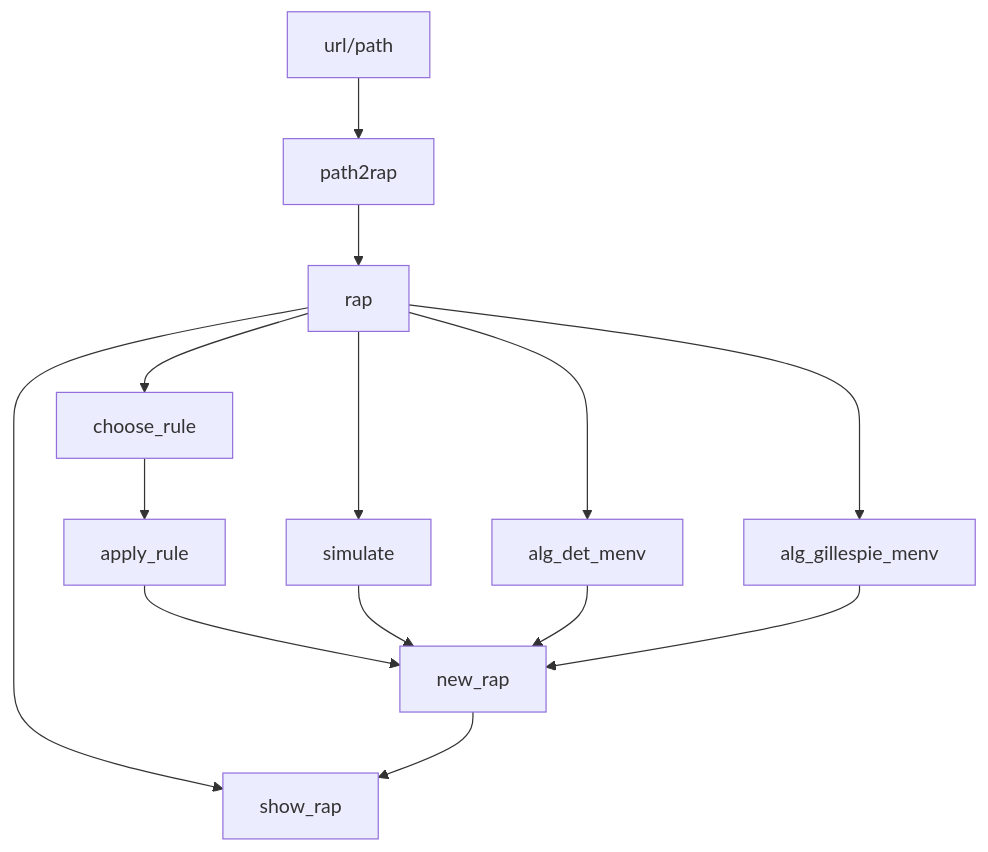
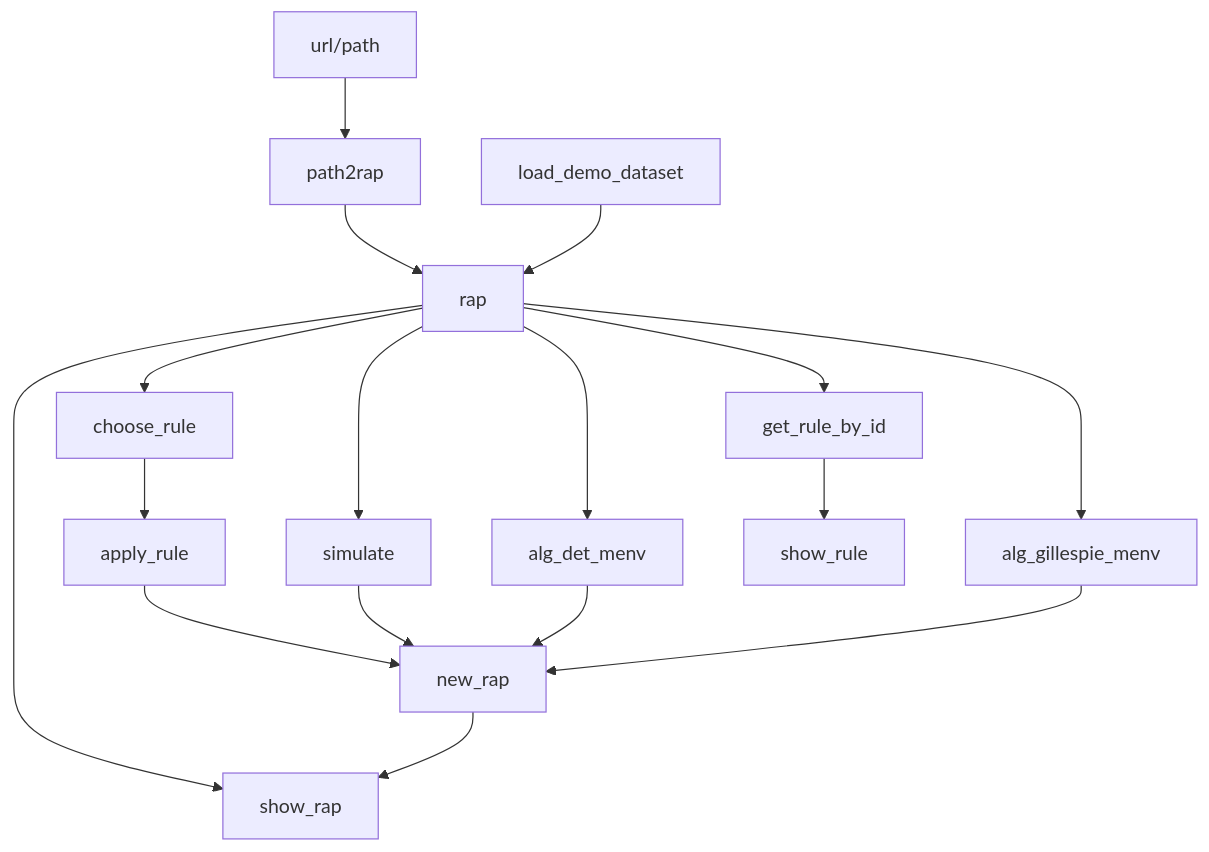
The diagram in README.md (RodGal-2020/RAPS), drawn with Mermaid before and after one commit.

Commit message:
Update mermaid diagram

````diff
--- a/README.md
+++ b/README.md
@@ -20,20 +20,25 @@
 ```mermaid
   graph TD;
-      url/path-->path2rap;
-      path2rap-->rap;
-      
-      rap-->choose_rule;
-      choose_rule-->apply_rule;
-      apply_rule-->new_rap;
+    url/path-->path2rap;
+    path2rap-->rap;
 
-      rap-->simulate;
-      simulate-->new_rap;
+    load_demo_dataset-->rap;
+    
+    rap-->choose_rule;
+    choose_rule-->apply_rule;
+    apply_rule-->new_rap;
 
-      rap-->alg_gillespie_menv;
-      rap-->alg_det_menv;
-      alg_det_menv-->new_rap;
-      alg_gillespie_menv-->new_rap;
+    rap-->simulate;
+    simulate-->new_rap;
 
-      rap-->show_rap;
-      new_rap-->show_rap;
+    rap-->alg_gillespie_menv;
+    rap-->alg_det_menv;
+    alg_det_menv-->new_rap;
+    alg_gillespie_menv-->new_rap;
+
+    rap-->get_rule_by_id;
+    get_rule_by_id-->show_rule;
+
+    rap-->show_rap;
+    new_rap-->show_rap;
 ```
````
